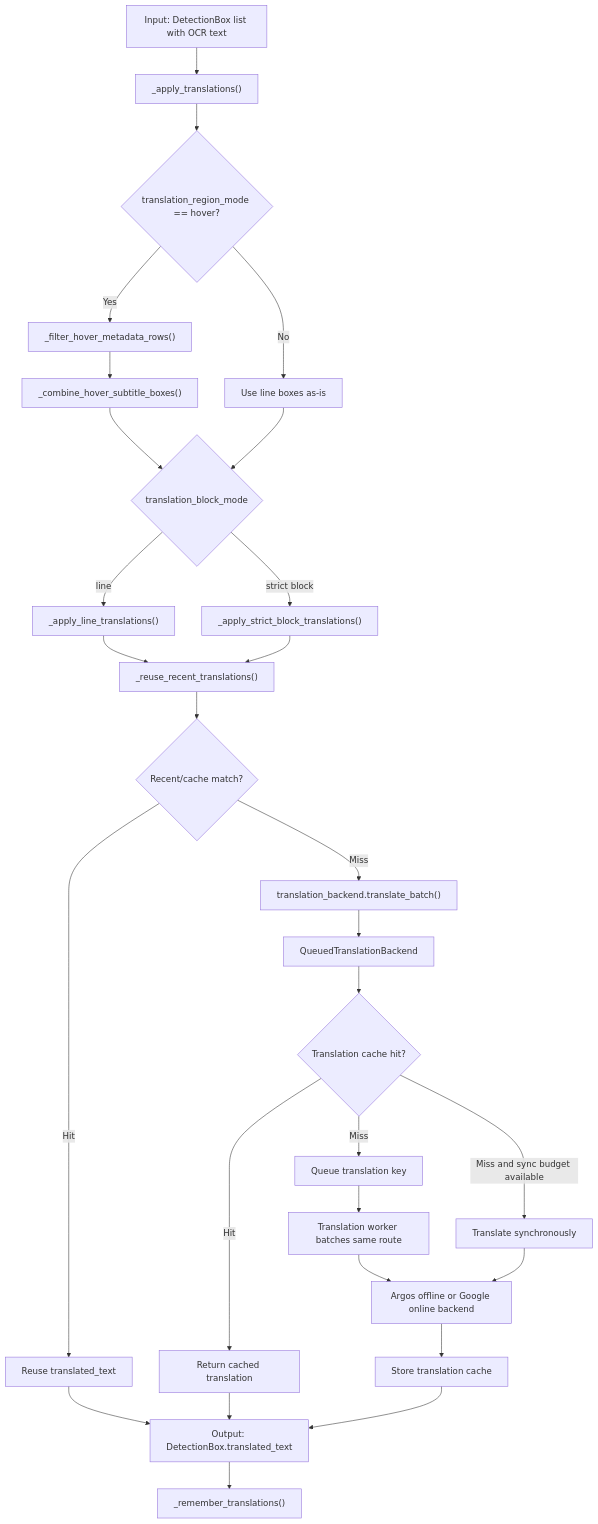
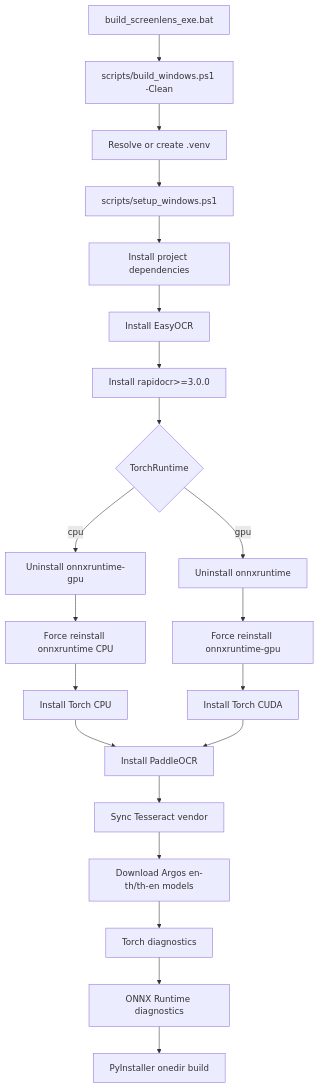
The eighth of 9 diagrams in PIPELINE_MERMAID.md (BU-Pacharapol-Ardsang/ScreenLens-Detection), drawn with Mermaid before and after one commit. The commit also changed other lines of this file and 4 other files, not shown here.

````diff
--- a/PIPELINE_MERMAID.md
+++ b/PIPELINE_MERMAID.md
@@ -285,37 +291,23 @@
 ```mermaid
 flowchart TD
-    A["Input: DetectionBox list with OCR text"] --> B["_apply_translations()"]
-    B --> C{"translation_region_mode == hover?"}
-    C -->|Yes| D["_filter_hover_metadata_rows()"]
-    D --> E["_combine_hover_subtitle_boxes()"]
-    C -->|No| F["Use line boxes as-is"]
-
-    E --> G{"translation_block_mode"}
-    F --> G
-
-    G -->|line| H["_apply_line_translations()"]
-    G -->|strict block| I["_apply_strict_block_translations()"]
-
-    H --> J["_reuse_recent_translations()"]
-    I --> J
-    J --> K{"Recent/cache match?"}
-
-    K -->|Hit| L["Reuse translated_text"]
-    K -->|Miss| M["translation_backend.translate_batch()"]
-
-    M --> N["QueuedTranslationBackend"]
-    N --> O{"Translation cache hit?"}
-    O -->|Hit| P["Return cached translation"]
-    O -->|Miss and sync budget available| Q["Translate synchronously"]
-    O -->|Miss| R["Queue translation key"]
-
-    R --> S["Translation worker batches same route"]
-    S --> T["Argos offline or Google online backend"]
-    Q --> T
-    T --> U["Store translation cache"]
-
-    L --> V["Output: DetectionBox.translated_text"]
-    P --> V
-    U --> V
-    V --> W["_remember_translations()"]
+    A["build_screenlens_exe.bat"] --> B["scripts/build_windows.ps1 -Clean"]
+    B --> C["Resolve or create .venv"]
+    C --> D["scripts/setup_windows.ps1"]
+    D --> E["Install project dependencies"]
+    E --> F["Install EasyOCR"]
+    F --> G["Install rapidocr>=3.0.0"]
+    G --> H{"TorchRuntime"}
+    H -->|cpu| I["Uninstall onnxruntime-gpu"]
+    H -->|gpu| J["Uninstall onnxruntime"]
+    I --> K["Force reinstall onnxruntime CPU"]
+    J --> L["Force reinstall onnxruntime-gpu"]
+    K --> M["Install Torch CPU"]
+    L --> N["Install Torch CUDA"]
+    M --> O["Install PaddleOCR"]
+    N --> O
+    O --> P["Sync Tesseract vendor"]
+    P --> Q["Download Argos en-th/th-en models"]
+    Q --> R["Torch diagnostics"]
+    R --> S["ONNX Runtime diagnostics"]
+    S --> T["PyInstaller onedir build"]
 ```
````
